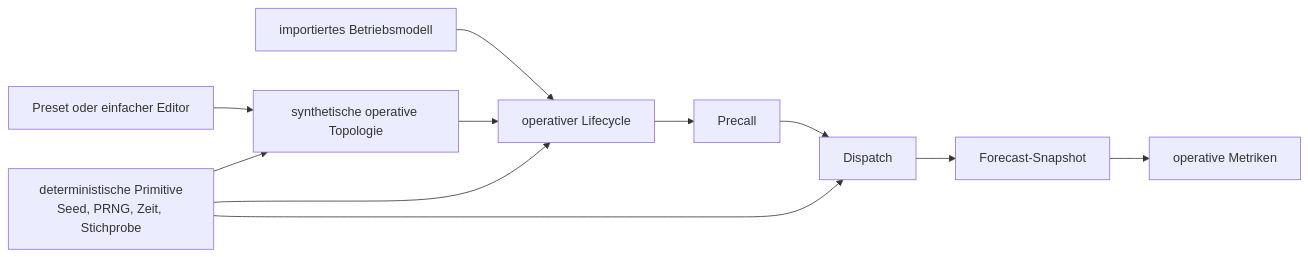
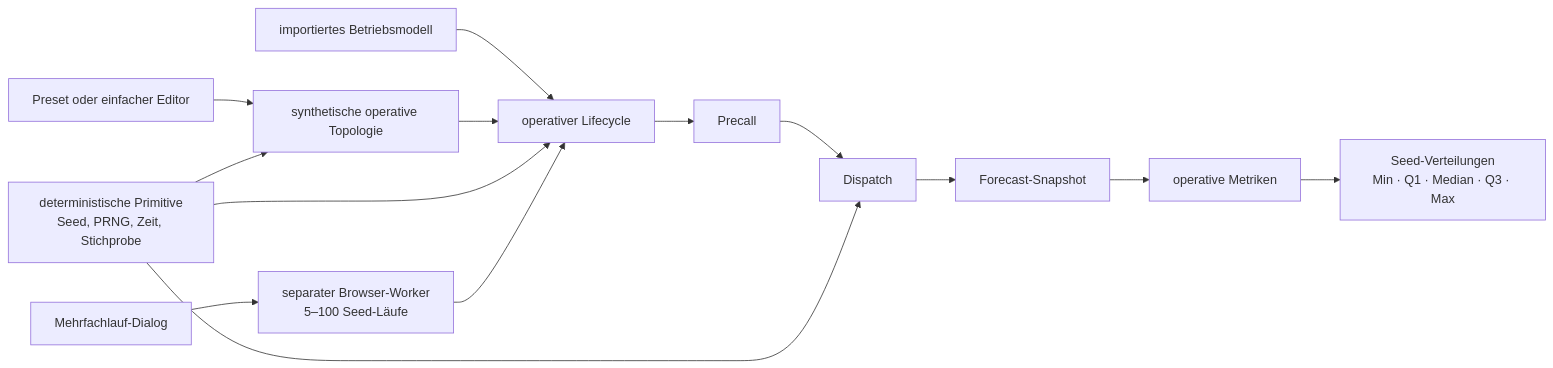
The sixth of 8 diagrams in docs/architecture/arc42/05-bausteinsicht.md (aguther/rundflug-leitstand), drawn with Mermaid before and after one commit. The commit also changed other lines of this file and 25 other files, not shown here.

````diff
--- a/docs/architecture/arc42/05-bausteinsicht.md
+++ b/docs/architecture/arc42/05-bausteinsicht.md
@@ -224,10 +224,13 @@
 ```mermaid
 flowchart LR
     PRESET["Preset oder einfacher Editor"] --> ADAPTER["synthetische operative Topologie"]
     IMPORT["importiertes Betriebsmodell"] --> LIFE
     ADAPTER --> LIFE["operativer Lifecycle"] --> PRECALL["Precall"] --> DISPATCH["Dispatch"] --> SNAPSHOT["Forecast-Snapshot"]
     PRIMITIVES["deterministische Primitive<br/>Seed, PRNG, Zeit, Stichprobe"] --> ADAPTER
     PRIMITIVES --> LIFE
     PRIMITIVES --> DISPATCH
     SNAPSHOT --> METRICS["operative Metriken"]
+    BATCHUI["Mehrfachlauf-Dialog"] --> BATCHWORKER["separater Browser-Worker<br/>5–100 Seed-Läufe"]
+    BATCHWORKER --> LIFE
+    METRICS --> DISTRIBUTIONS["Seed-Verteilungen<br/>Min · Q1 · Median · Q3 · Max"]
 ```
````
